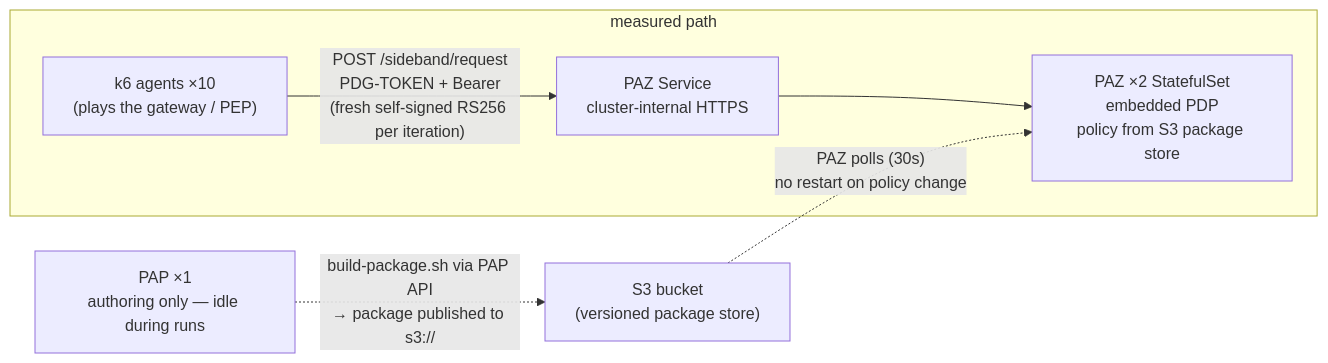
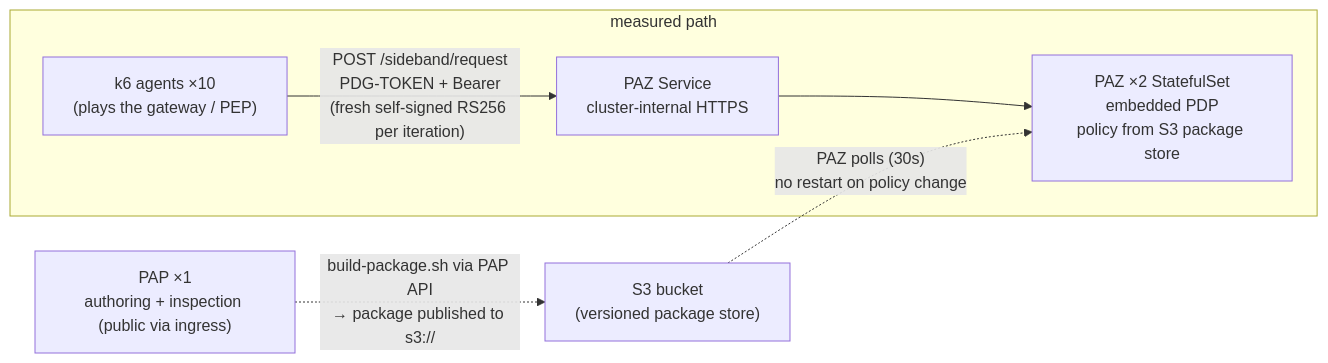
One commit to carbonefederico/authorize-performance-test changed the diagram in README.md. Above: the diagram before and after it, drawn with Mermaid. The commit also changed other lines of this file and 6 other files, not shown here.

First line of the commit message:
feat: expose PAP via nginx-public ingress (no port-forward workflow)

````diff
--- a/README.md
+++ b/README.md
@@ -24,15 +24,15 @@
 ```mermaid
 flowchart LR
     subgraph "measured path"
     k6["k6 agents ×10<br/>(plays the gateway / PEP)"]
     svc["PAZ Service<br/>cluster-internal HTTPS"]
     paz["PAZ ×2 StatefulSet<br/>embedded PDP<br/>policy from S3 package store"]
     end
-    pap["PAP ×1<br/>authoring only — idle during runs"]
+    pap["PAP ×1<br/>authoring + inspection (public via ingress)"]
     s3["S3 bucket<br/>(versioned package store)"]
 
     k6 -- "POST /sideband/request<br/>PDG-TOKEN + Bearer<br/>(fresh self-signed RS256 per iteration)" --> svc
     svc --> paz
     pap -. "build-package.sh via PAP API<br/>→ package published to s3://" .-> s3
     s3 -. "PAZ polls (30s)<br/>no restart on policy change" .-> paz
 ```
````
